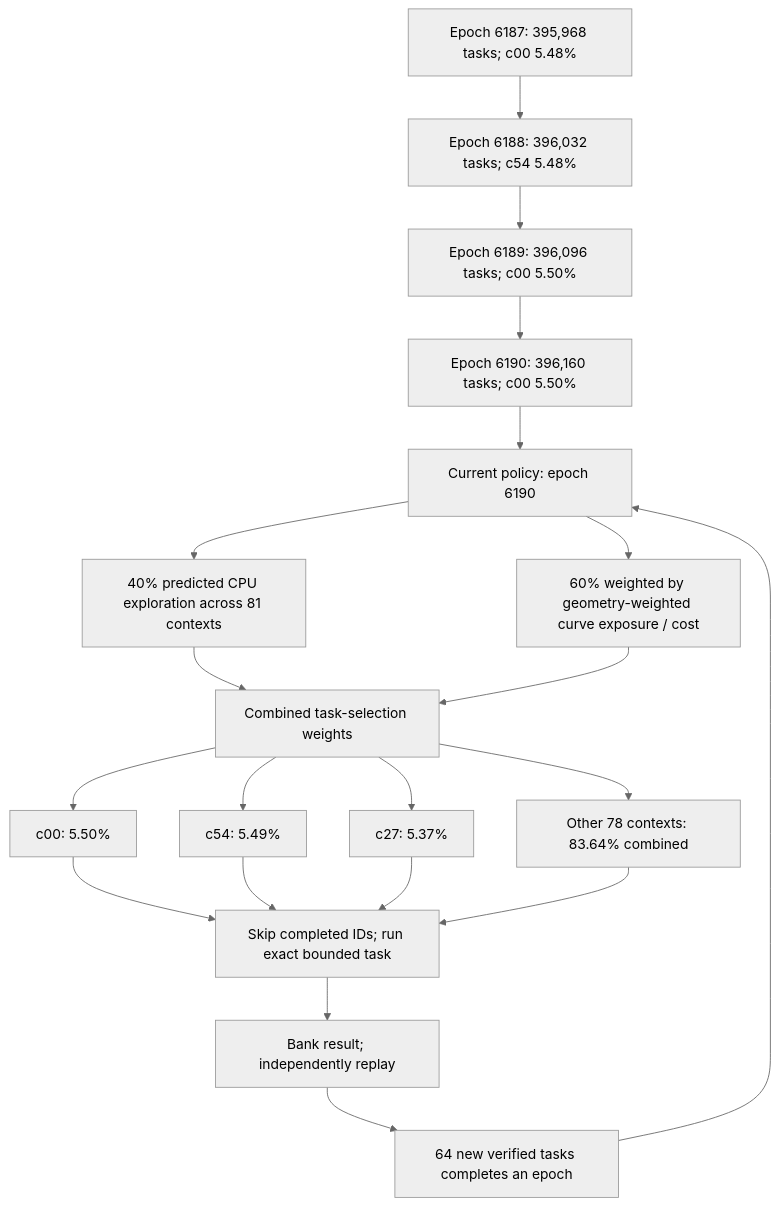
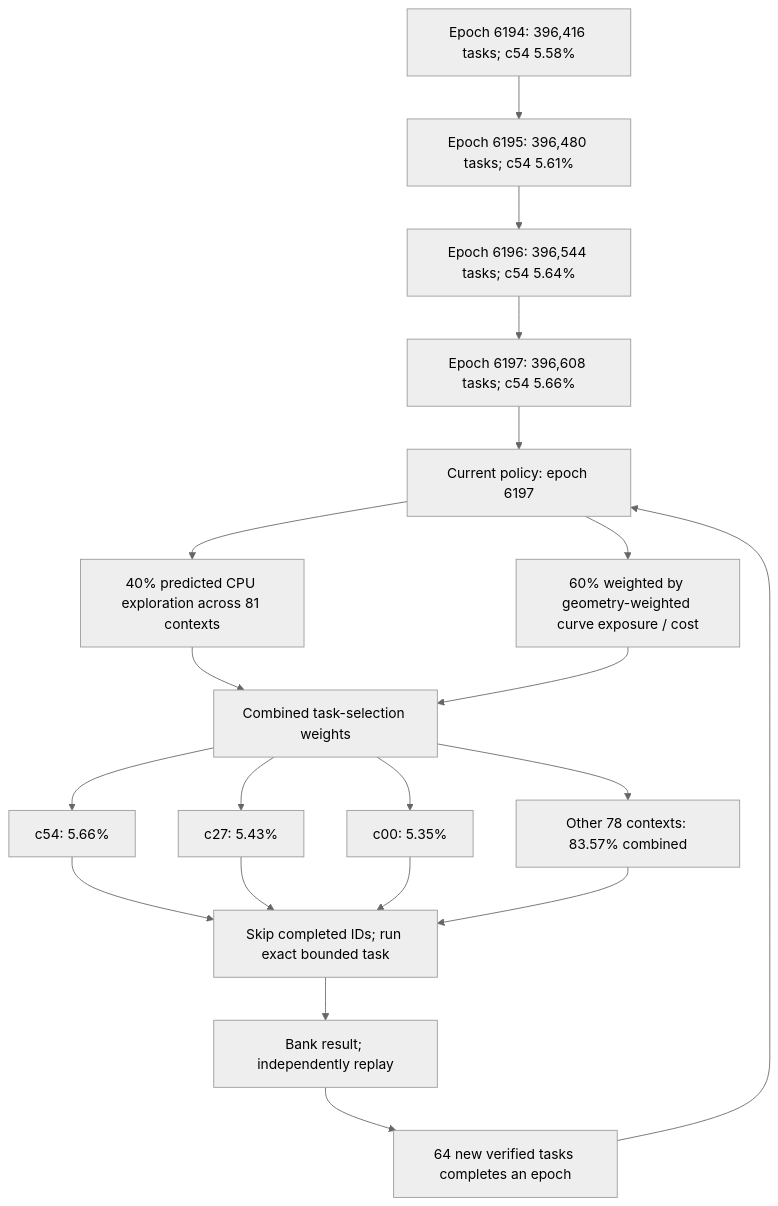
Before and after one commit to Kuberwastaken/math-gambling: the first of 4 diagrams in README.md, drawn with Mermaid (neutral theme). The commit also changed other lines of this file and 938 other files, not shown here.

````diff
--- a/README.md
+++ b/README.md
@@ -60,27 +60,27 @@
 ```mermaid
 flowchart TD
-    H0["Epoch 6187: 395,968 tasks; c00 5.48%"]
-    H1["Epoch 6188: 396,032 tasks; c54 5.48%"]
+    H0["Epoch 6194: 396,416 tasks; c54 5.58%"]
+    H1["Epoch 6195: 396,480 tasks; c54 5.61%"]
     H0 --> H1
-    H2["Epoch 6189: 396,096 tasks; c00 5.50%"]
+    H2["Epoch 6196: 396,544 tasks; c54 5.64%"]
     H1 --> H2
-    H3["Epoch 6190: 396,160 tasks; c00 5.50%"]
+    H3["Epoch 6197: 396,608 tasks; c54 5.66%"]
     H2 --> H3
-    Policy["Current policy: epoch 6190"]
+    Policy["Current policy: epoch 6197"]
     H3 --> Policy
     Policy --> Explore["40% predicted CPU exploration across 81 contexts"]
     Policy --> Cost["60% weighted by geometry-weighted curve exposure / cost"]
     Explore --> Mix["Combined task-selection weights"]
     Cost --> Mix
-    Mix --> C0["c00: 5.50%"]
-    Mix --> C1["c54: 5.49%"]
-    Mix --> C2["c27: 5.37%"]
-    Mix --> Rest["Other 78 contexts: 83.64% combined"]
+    Mix --> C0["c54: 5.66%"]
+    Mix --> C1["c27: 5.43%"]
+    Mix --> C2["c00: 5.35%"]
+    Mix --> Rest["Other 78 contexts: 83.57% combined"]
     C0 --> Check["Skip completed IDs; run exact bounded task"]
     C1 --> Check
     C2 --> Check
     Rest --> Check
     Check --> Replay["Bank result; independently replay"]
     Replay --> Gate["64 new verified tasks completes an epoch"]
     Gate --> Policy
 ```
````
